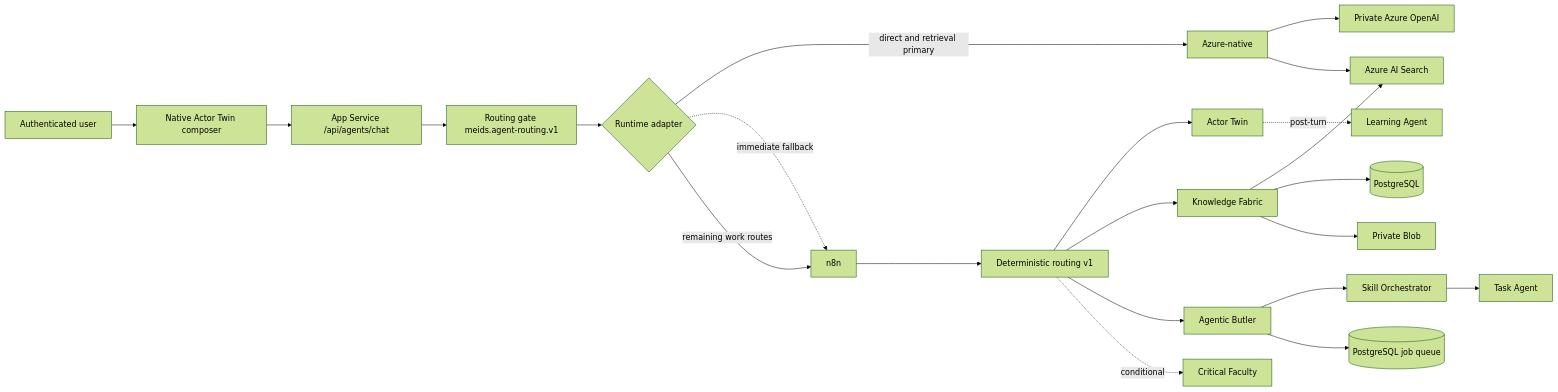
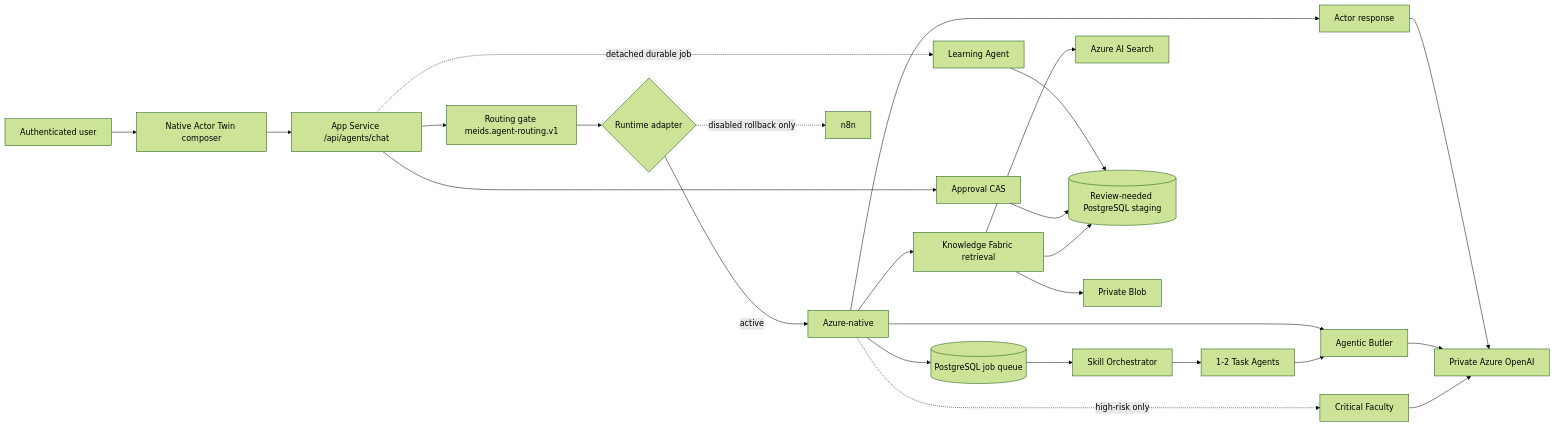
One commit to florianliepe/meids-app changed the first of 2 diagrams in docs/production/azure-native-agent-target.md. Above: the diagram before and after it, drawn with Mermaid (forest theme). The commit also changed other lines of this file and 2 other files, not shown here.

Commit message:
Document Azure native production cutover and open gates

````diff
--- a/docs/production/azure-native-agent-target.md
+++ b/docs/production/azure-native-agent-target.md
@@ -7,24 +7,27 @@
 ```mermaid
 flowchart LR
   U[Authenticated user] --> F[Native Actor Twin composer]
   F --> API[App Service /api/agents/chat]
   API --> G[Routing gate meids.agent-routing.v1]
   G --> AD{Runtime adapter}
-  AD -->|direct and retrieval primary| AZ[Azure-native]
-  AD -. immediate fallback .-> N[n8n]
-  AD -->|remaining work routes| N
-  AZ --> AO[Private Azure OpenAI]
-  AZ --> AS[Azure AI Search]
-  N --> R[Deterministic routing v1]
-  R --> A[Actor Twin]
-  R --> K[Knowledge Fabric]
-  R --> B[Agentic Butler]
-  B --> S[Skill Orchestrator]
-  S --> T[Task Agent]
-  R -. conditional .-> C[Critical Faculty]
-  A -. post-turn .-> L[Learning Agent]
+  AD -->|active| AZ[Azure-native]
+  AD -. disabled rollback only .-> N[n8n]
+  AZ --> A[Actor response]
+  AZ --> K[Knowledge Fabric retrieval]
+  AZ --> B[Agentic Butler]
+  AZ --> Q[(PostgreSQL job queue)]
+  Q --> S[Skill Orchestrator]
+  S --> T[1-2 Task Agents]
+  T --> B
+  AZ -. high-risk only .-> C[Critical Faculty]
+  API -. detached durable job .-> L[Learning Agent]
+  A --> AO[Private Azure OpenAI]
+  B --> AO
+  C --> AO
   K --> AS[Azure AI Search]
-  K --> PG[(PostgreSQL)]
+  L --> PG[(Review-needed PostgreSQL staging)]
+  API --> AP[Approval CAS]
+  AP --> PG
+  K --> PG
   K --> BL[Private Blob]
-  B --> Q[(PostgreSQL job queue)]
 ```
````
